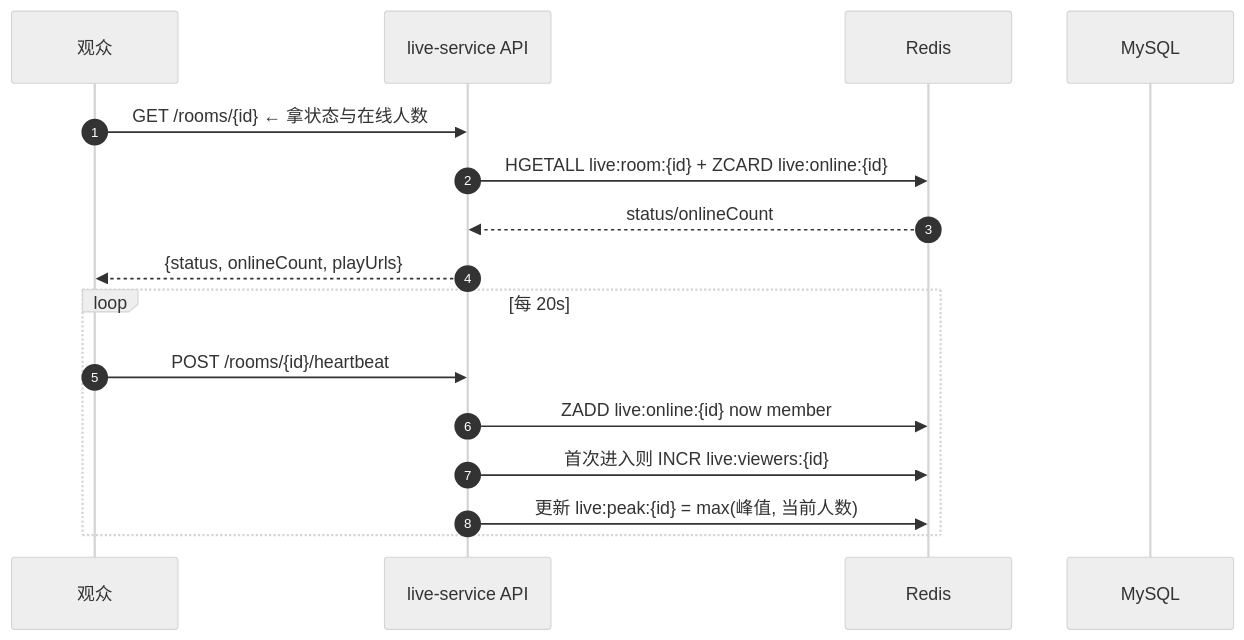
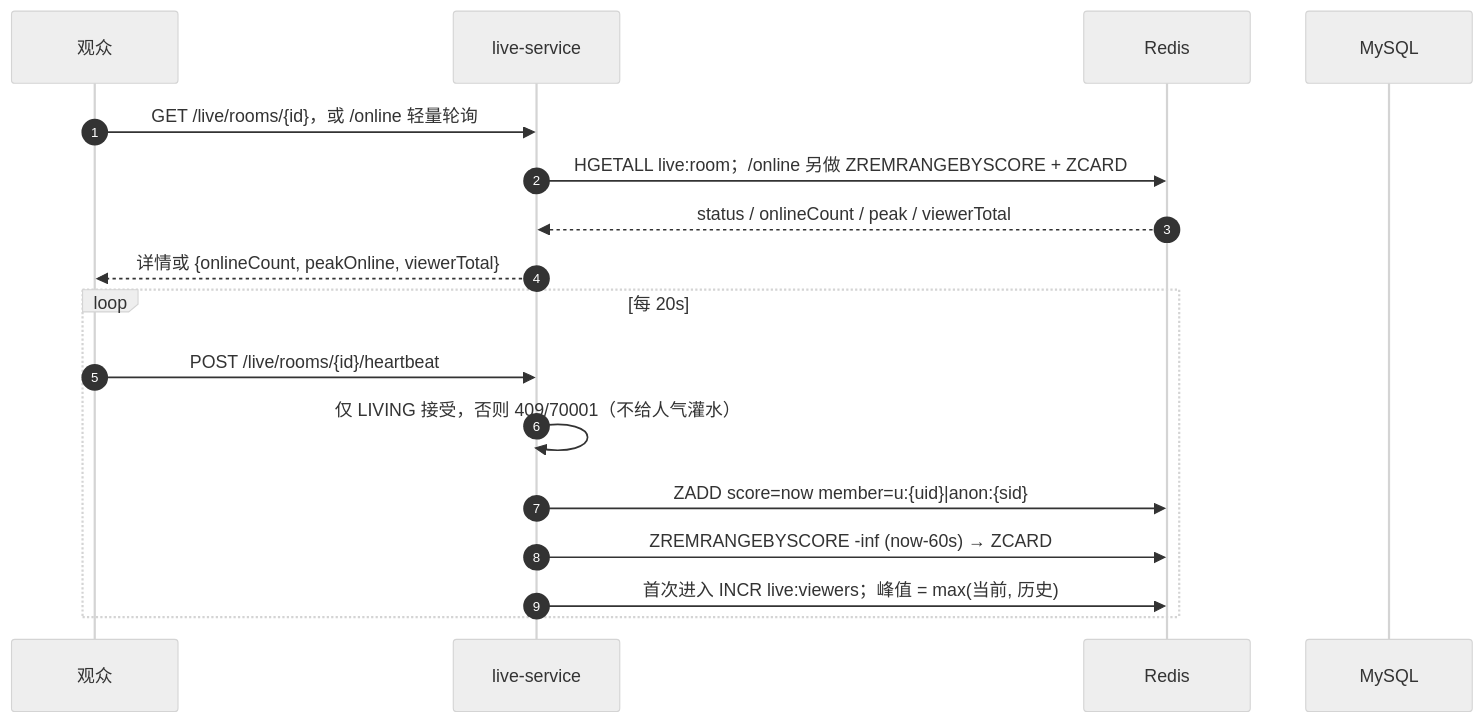
Before and after one commit to YunfeiSHU/media-community: the third of 3 diagrams in live-service-go/docs/设计文档.md, drawn with Mermaid (neutral theme). The commit also changed other lines of this file and 3 other files, not shown here.

````diff
--- a/live-service-go/docs/设计文档.md
+++ b/live-service-go/docs/设计文档.md
@@ -269,20 +179,19 @@
 ```mermaid
 sequenceDiagram
     autonumber
     participant C as 观众
-    participant API as live-service API
+    participant API as live-service
     participant R as Redis
     participant DB as MySQL
-
-    C->>API: GET /rooms/{id}          ← 拿状态与在线人数
-    API->>R: HGETALL live:room:{id} + ZCARD live:online:{id}
-    R-->>API: status/onlineCount
-    API-->>C: {status, onlineCount, playUrls}
-
+    C->>API: GET /live/rooms/{id}，或 /online 轻量轮询
+    API->>R: HGETALL live:room；/online 另做 ZREMRANGEBYSCORE + ZCARD
+    R-->>API: status / onlineCount / peak / viewerTotal
+    API-->>C: 详情或 {onlineCount, peakOnline, viewerTotal}
     loop 每 20s
-        C->>API: POST /rooms/{id}/heartbeat
-        API->>R: ZADD live:online:{id} now member
-        API->>R: 首次进入则 INCR live:viewers:{id}
-        API->>R: 更新 live:peak:{id} = max(峰值, 当前人数)
+        C->>API: POST /live/rooms/{id}/heartbeat
+        API->>API: 仅 LIVING 接受，否则 409/70001（不给人气灌水）
+        API->>R: ZADD score=now member=u:{uid}|anon:{sid}
+        API->>R: ZREMRANGEBYSCORE -inf (now-60s) → ZCARD
+        API->>R: 首次进入 INCR live:viewers；峰值 = max(当前, 历史)
     end
 ```
````
